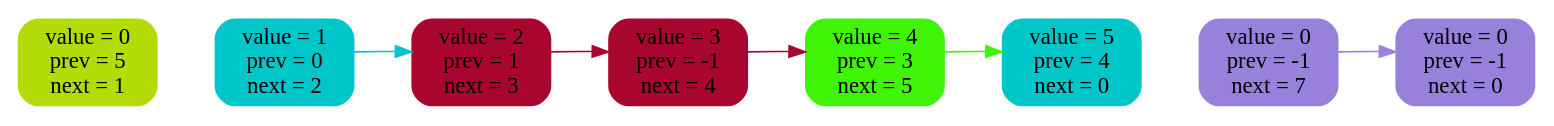
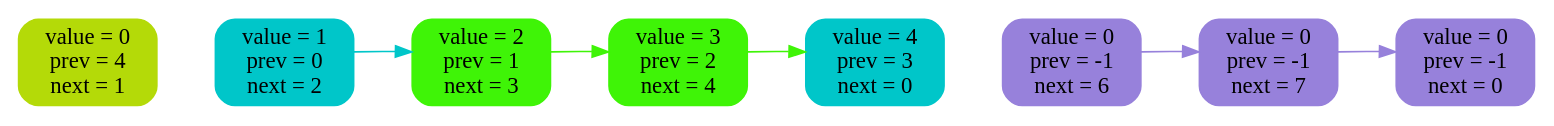
Before and after one commit to 2210223t-lang/2-linked-list: the diagram in list_log/img/6.dot, drawn with Graphviz. The commit also changed 5 other files, not shown here.

```diff
--- a/list_log/img/6.dot
+++ b/list_log/img/6.dot
@@ -1,23 +1,23 @@
 digraph {
 rankdir = LR
-n0 [ label = "value = 0\nprev = 5\nnext = 1", shape = Mrecord, fontsize = 14,style = filled, color = "#b4da08" ]
+n0 [ label = "value = 0\nprev = 4\nnext = 1", shape = Mrecord, fontsize = 14,style = filled, color = "#b4da08" ]
 n1 [ label = "value = 1\nprev = 0\nnext = 2", shape = Mrecord, fontsize = 14,style = filled, color = "#00c6c9" ]
-n2 [ label = "value = 2\nprev = 1\nnext = 3", shape = Mrecord, fontsize = 14,style = filled, color = "#a9062f" ]
-n3 [ label = "value = 3\nprev = -1\nnext = 4", shape = Mrecord, fontsize = 14,style = filled, color = "#a9062f" ]
-n4 [ label = "value = 4\nprev = 3\nnext = 5", shape = Mrecord, fontsize = 14,style = filled, color = "#3ff407" ]
-n5 [ label = "value = 5\nprev = 4\nnext = 0", shape = Mrecord, fontsize = 14,style = filled, color = "#00c6c9" ]
+n2 [ label = "value = 2\nprev = 1\nnext = 3", shape = Mrecord, fontsize = 14,style = filled, color = "#3ff407" ]
+n3 [ label = "value = 3\nprev = 2\nnext = 4", shape = Mrecord, fontsize = 14,style = filled, color = "#3ff407" ]
+n4 [ label = "value = 4\nprev = 3\nnext = 0", shape = Mrecord, fontsize = 14,style = filled, color = "#00c6c9" ]
+n5 [ label = "value = 0\nprev = -1\nnext = 6", shape = Mrecord, fontsize = 14,style = filled, color = "#9781db" ]
 n6 [ label = "value = 0\nprev = -1\nnext = 7", shape = Mrecord, fontsize = 14,style = filled, color = "#9781db" ]
 n7 [ label = "value = 0\nprev = -1\nnext = 0", shape = Mrecord, fontsize = 14,style = filled, color = "#9781db" ]
 n0 -> n1 [ style = invis, weight = 100 ]
 n1 -> n2 [ style = invis, weight = 100 ]
 n2 -> n3 [ style = invis, weight = 100 ]
 n3 -> n4 [ style = invis, weight = 100 ]
 n4 -> n5 [ style = invis, weight = 100 ]
 n5 -> n6 [ style = invis, weight = 100 ]
 n6 -> n7 [ style = invis, weight = 100 ]
 n1 -> n2 [style = filled, color = "#00c6c9" ]
-n2 -> n3 [style = filled, color = "#a9062f" ]
-n3 -> n4 [style = filled, color = "#a9062f" ]
-n4 -> n5 [style = filled, color = "#3ff407" ]
+n2 -> n3 [style = filled, color = "#3ff407" ]
+n3 -> n4 [style = filled, color = "#3ff407" ]
+n5 -> n6 [style = filled, color = "#9781db" ]
 n6 -> n7 [style = filled, color = "#9781db" ]
 }
```
